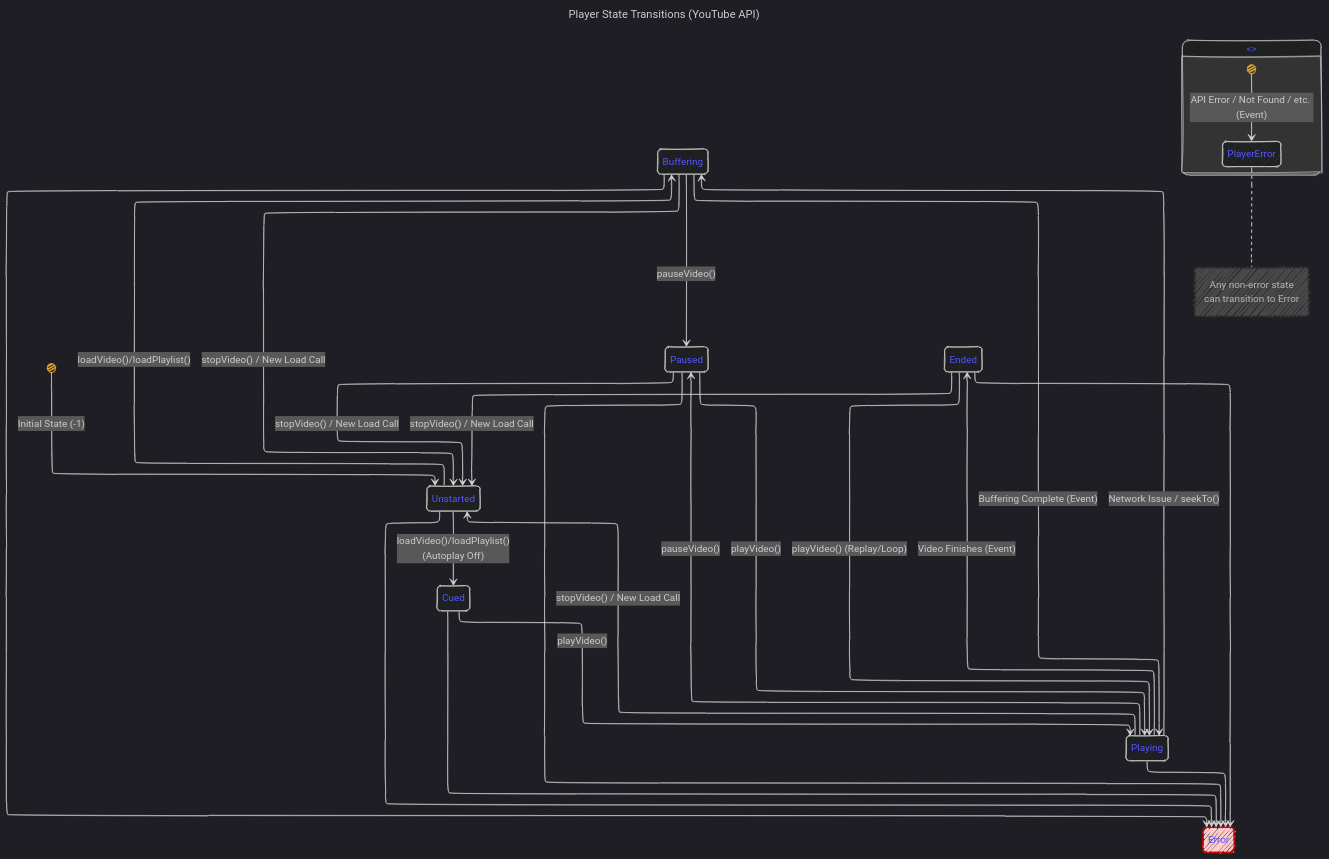
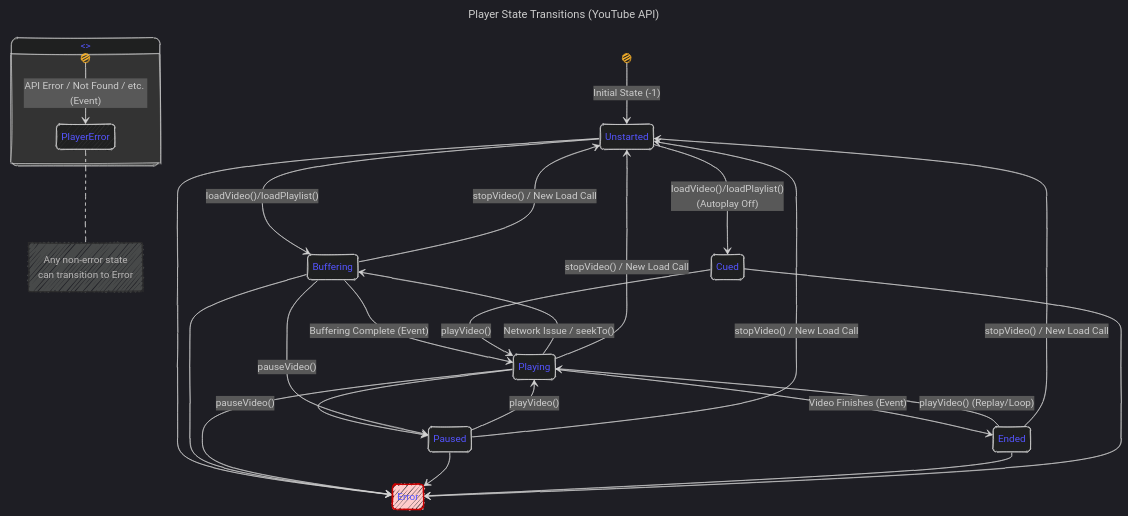
One commit to CongLeSolutionX/Unofficial-SwiftUI-Wrapper-for-YouTube-IFrame-Player-API changed the fourth of 8 diagrams in README.md. Above: the diagram before and after it, drawn with Mermaid.

````diff
--- a/README.md
+++ b/README.md
@@ -361,71 +361,70 @@
 ```mermaid
 ---
 title: "Player State Transitions (YouTube API)"
 author: "Cong Le"
 version: "1.0"
 license(s): "Apache License 2.0, CC BY 4.0" # CORRECTED License
 copyright: "Copyright (c) 2025 Cong Le. All Rights Reserved."
 config:
-  layout: elk
   look: handDrawn
   theme: dark
 ---
 %%%%%%%% Mermaid version v11.4.1-b.14
 %%%%%%%% Toggle theme value to `base` to activate the initilization below for the customized theme version.
 %%%%%%%% Available curve styles include the following keywords:
 %% basis, bumpX, bumpY, cardinal, catmullRom, linear, monotoneX, monotoneY, natural, step, stepAfter, stepBefore.
 %%{
   init: {
     'stateDiagram-v2': { 'htmlLabels': false, 'curve': 'linear' },
     'fontFamily': 'Monospace',
     'themeVariables': {
       'primaryColor': '#BEF',
       'primaryTextColor': '#55ff',
       'primaryBorderColor': '#7c2',
       'lineColor': '#F8B229',
       'secondaryColor': '#EE2',
       'tertiaryColor': '#fff',
       'stroke':'#3323',
       'stroke-width': '0.5px'
     }
   }
 }%%
 stateDiagram-v2
     [*] --> Unstarted : Initial State (-1)
 
     Unstarted --> Buffering : loadVideo()/loadPlaylist()
     Buffering --> Playing : Buffering Complete (Event)
     Unstarted --> Cued : loadVideo()/loadPlaylist()<br>(Autoplay Off)
     Cued --> Playing : playVideo()
 
     Playing --> Paused : pauseVideo()
     Playing --> Buffering : Network Issue / seekTo()
     Playing --> Ended : Video Finishes (Event)
     Playing --> Unstarted : stopVideo() / New Load Call
 
     Paused --> Playing : playVideo()
     Paused --> Unstarted : stopVideo() / New Load Call
 
     Buffering --> Paused: pauseVideo()
     Buffering --> Unstarted: stopVideo() / New Load Call
 
     Ended --> Playing : playVideo() (Replay/Loop)
     Ended --> Unstarted: stopVideo() / New Load Call
 
     state Error <<error>> {
        [*] --> PlayerError : API Error / Not Found / etc. (Event)
        note right of PlayerError : Any non-error state<br>can transition to Error
     }
 
     Unstarted --> Error
     Buffering --> Error
     Playing --> Error
     Paused --> Error
     Ended --> Error
     Cued --> Error
 
     note "State numbers (-1, 0, 1, 2, 3, 5)<br>correspond to YT.PlayerState values" as N1
 
     style Error fill:#fcc,stroke:#c00,stroke-width:2px
 
 ```
````
